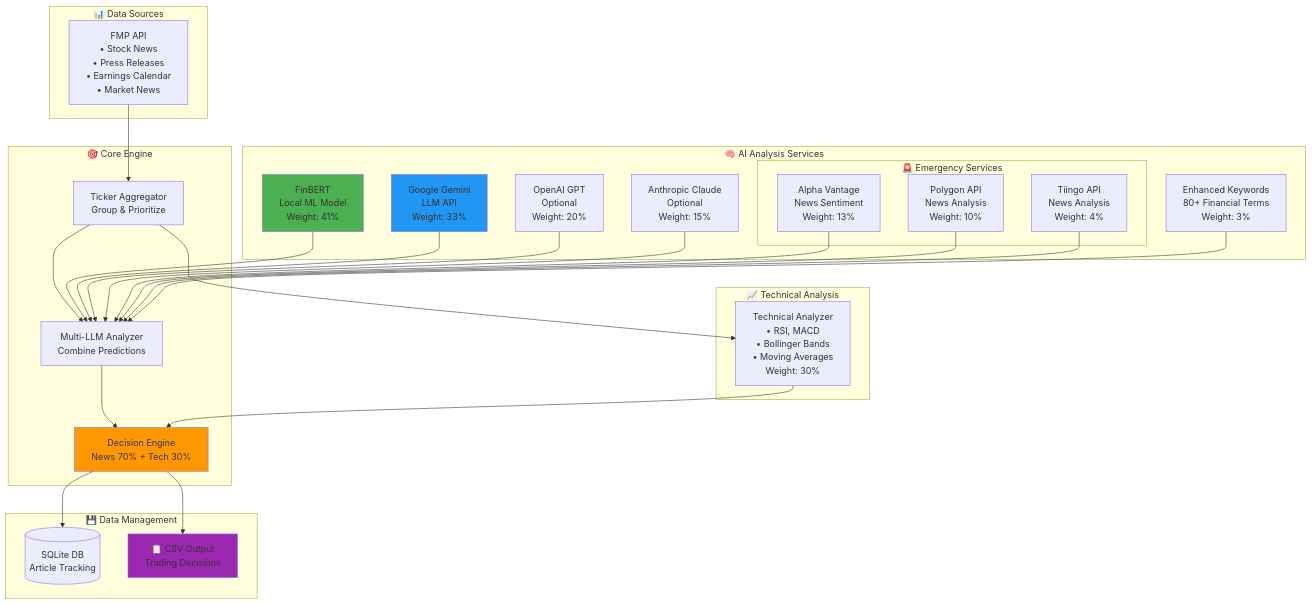
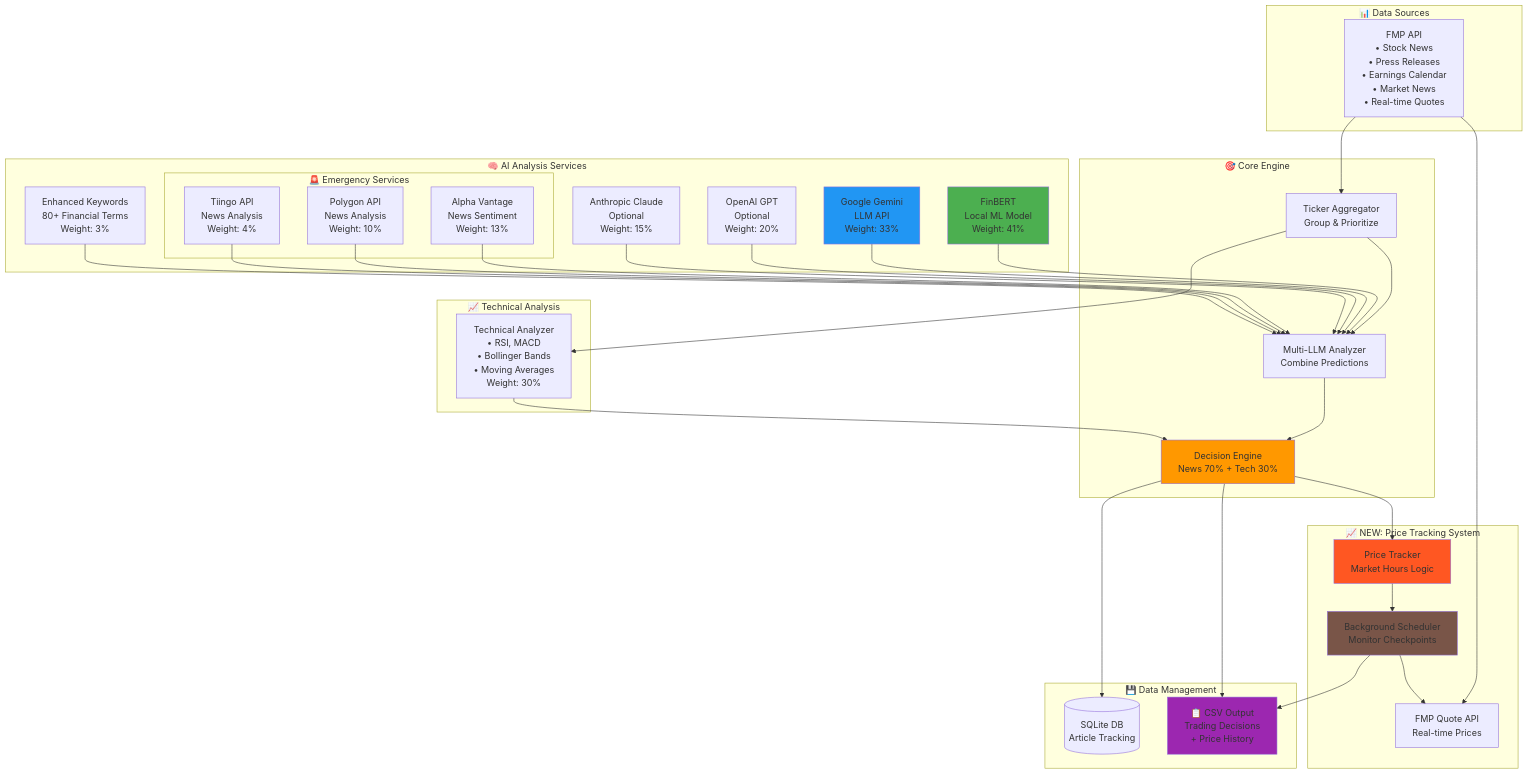
The second of 11 diagrams in news_cruncher/README.md (jaygasi/news_analyzer), drawn with Mermaid before and after one commit. The commit also changed other lines of this file and 7 other files, not shown here.

Commit message:
Finalizing changes for v1.3.0-stable-price-tracker

````diff
--- a/news_cruncher/README.md
+++ b/news_cruncher/README.md
@@ -31,60 +44,74 @@
 ```mermaid
 graph TB
     subgraph "📊 Data Sources"
-        FMP[FMP API<br/>• Stock News<br/>• Press Releases<br/>• Earnings Calendar<br/>• Market News]
+        FMP[FMP API<br/>• Stock News<br/>• Press Releases<br/>• Earnings Calendar<br/>• Market News<br/>• Real-time Quotes]
     end
     
     subgraph "🧠 AI Analysis Services"
         FinBERT[FinBERT<br/>Local ML Model<br/>Weight: 41%]
         Gemini[Google Gemini<br/>LLM API<br/>Weight: 33%]
         OpenAI[OpenAI GPT<br/>Optional<br/>Weight: 20%]
         Claude[Anthropic Claude<br/>Optional<br/>Weight: 15%]
         
         subgraph "🚨 Emergency Services"
             AlphaV[Alpha Vantage<br/>News Sentiment<br/>Weight: 13%]
             Polygon[Polygon API<br/>News Analysis<br/>Weight: 10%]
             Tiingo[Tiingo API<br/>News Analysis<br/>Weight: 4%]
         end
         
         Keywords[Enhanced Keywords<br/>80+ Financial Terms<br/>Weight: 3%]
     end
     
     subgraph "📈 Technical Analysis"
         TA[Technical Analyzer<br/>• RSI, MACD<br/>• Bollinger Bands<br/>• Moving Averages<br/>Weight: 30%]
     end
     
     subgraph "💾 Data Management"
         SQLite[(SQLite DB<br/>Article Tracking)]
-        CSV[📋 CSV Output<br/>Trading Decisions]
+        CSV[📋 CSV Output<br/>Trading Decisions<br/>+ Price History]
     end
     
     subgraph "🎯 Core Engine"
         Aggregator[Ticker Aggregator<br/>Group & Prioritize]
         MultiLLM[Multi-LLM Analyzer<br/>Combine Predictions]
         DecisionEngine[Decision Engine<br/>News 70% + Tech 30%]
     end
     
+    subgraph "📈 NEW: Price Tracking System"
+        PriceTracker[Price Tracker<br/>Market Hours Logic]
+        Scheduler[Background Scheduler<br/>Monitor Checkpoints]
+        PriceAPI[FMP Quote API<br/>Real-time Prices]
+    end
+    
     FMP --> Aggregator
+    FMP --> PriceAPI
     Aggregator --> MultiLLM
     Aggregator --> TA
     
     FinBERT --> MultiLLM
     Gemini --> MultiLLM
     OpenAI --> MultiLLM
     Claude --> MultiLLM
     AlphaV --> MultiLLM
     Polygon --> MultiLLM
     Tiingo --> MultiLLM
     Keywords --> MultiLLM
     
     MultiLLM --> DecisionEngine
     TA --> DecisionEngine
     
     DecisionEngine --> CSV
     DecisionEngine --> SQLite
+    DecisionEngine --> PriceTracker
+    
+    PriceTracker --> Scheduler
+    Scheduler --> PriceAPI
+    Scheduler --> CSV
     
     style FinBERT fill:#4caf50
     style Gemini fill:#2196f3
     style DecisionEngine fill:#ff9800
     style CSV fill:#9c27b0
+    style PriceTracker fill:#ff5722
+    style Scheduler fill:#795548
 ```
````
